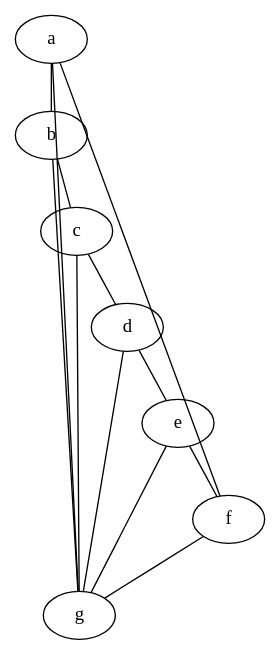
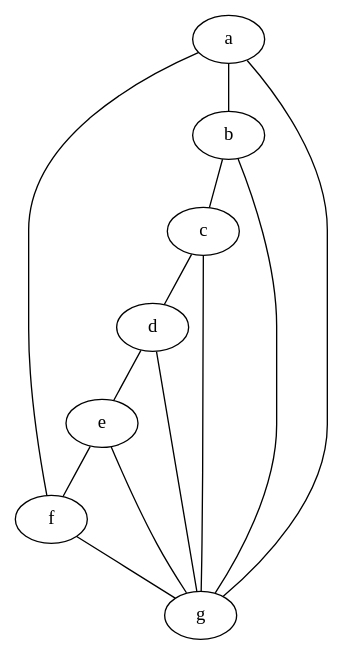
Before and after one commit to SamueleFacenda/obsidian: the diagram in unitn/fondamenti_matematici_per_informatica/08 - Esercitazioni.md, drawn with Graphviz. The commit also changed 1 other file, not shown here.

Commit message:
vault backup auto nixos: 2024-05-20 16:57:50

````diff
--- a/unitn/fondamenti_matematici_per_informatica/08 - Esercitazioni.md
+++ b/unitn/fondamenti_matematici_per_informatica/08 - Esercitazioni.md
@@ -9,24 +9,16 @@
 ```dot
 graph {
-	graph [splines=line]
-	g [pos="0,0!"]
-	a [pos="-1,-1.73!"]
-	b [pos="1,-1.73!"]
-	c [pos="2,0!"]
-	d [pos="1,1.73!"]
-	e [pos="0-1,1.73!"]
-	f [pos="-2,0!"]
 	f -- g
 	a -- b
 	a -- g
 	a -- f
 	b -- g
 	b -- c
 	c -- g
 	c -- d
 	d -- g
 	d -- e
 	e -- g
 	e -- f
 }
 ```
````
